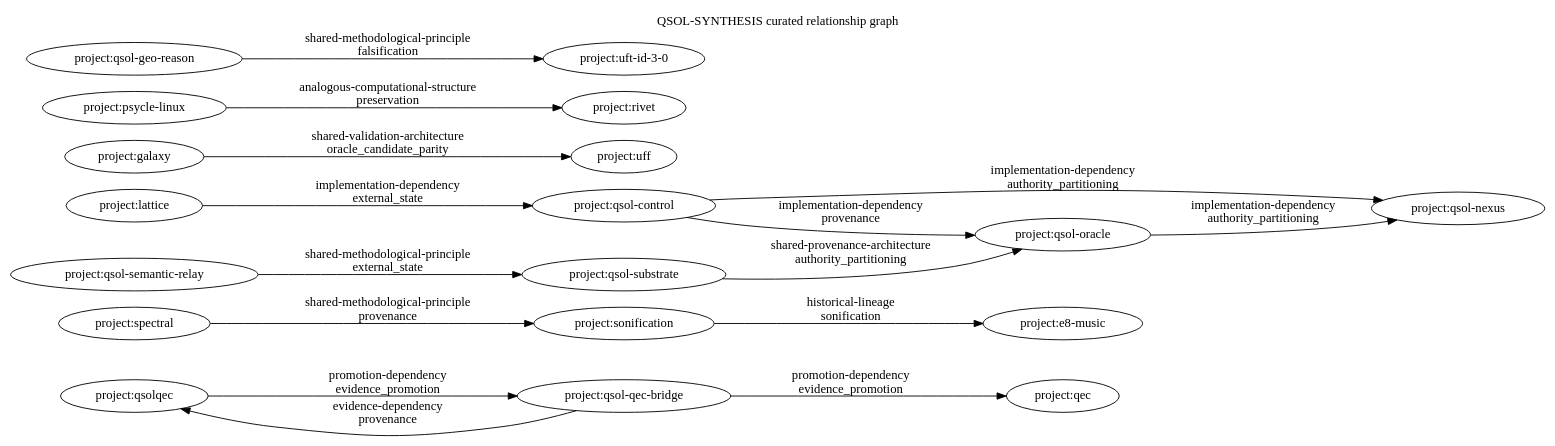
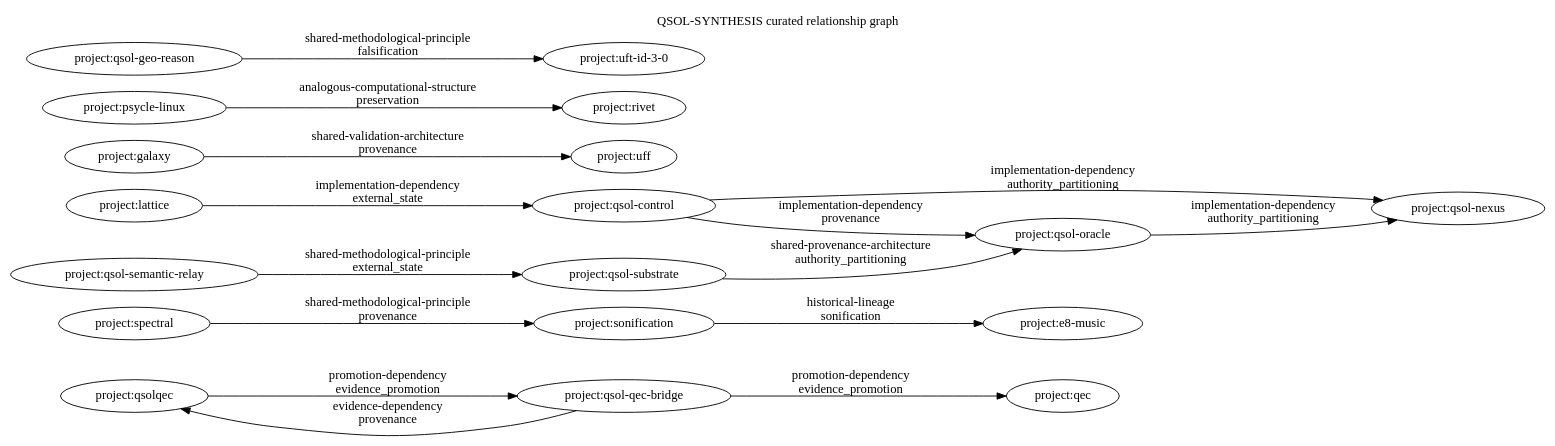
The diagram in figures/theme-network.dot (QSOLKCB/QSOL-SYNTHESIS), drawn with Graphviz before and after one commit.

Commit message:
Align relationship graph shared theme

```diff
--- a/figures/theme-network.dot
+++ b/figures/theme-network.dot
@@ -1,18 +1,18 @@
 digraph QSOL_SYNTHESIS {
   rankdir="LR";
   graph [label="QSOL-SYNTHESIS curated relationship graph", labelloc="t"];
   "project:qsolqec" -> "project:qsol-qec-bridge" [label="promotion-dependency\nevidence_promotion"];
   "project:qsol-qec-bridge" -> "project:qsolqec" [label="evidence-dependency\nprovenance"];
   "project:sonification" -> "project:e8-music" [label="historical-lineage\nsonification"];
   "project:spectral" -> "project:sonification" [label="shared-methodological-principle\nprovenance"];
   "project:qsol-substrate" -> "project:qsol-oracle" [label="shared-provenance-architecture\nauthority_partitioning"];
   "project:qsol-oracle" -> "project:qsol-nexus" [label="implementation-dependency\nauthority_partitioning"];
   "project:qsol-control" -> "project:qsol-oracle" [label="implementation-dependency\nprovenance"];
   "project:qsol-control" -> "project:qsol-nexus" [label="implementation-dependency\nauthority_partitioning"];
-  "project:galaxy" -> "project:uff" [label="shared-validation-architecture\noracle_candidate_parity"];
+  "project:galaxy" -> "project:uff" [label="shared-validation-architecture\nprovenance"];
   "project:psycle-linux" -> "project:rivet" [label="analogous-computational-structure\npreservation"];
   "project:qsol-semantic-relay" -> "project:qsol-substrate" [label="shared-methodological-principle\nexternal_state"];
   "project:lattice" -> "project:qsol-control" [label="implementation-dependency\nexternal_state"];
   "project:qsol-geo-reason" -> "project:uft-id-3-0" [label="shared-methodological-principle\nfalsification"];
   "project:qsol-qec-bridge" -> "project:qec" [label="promotion-dependency\nevidence_promotion"];
 }
```
